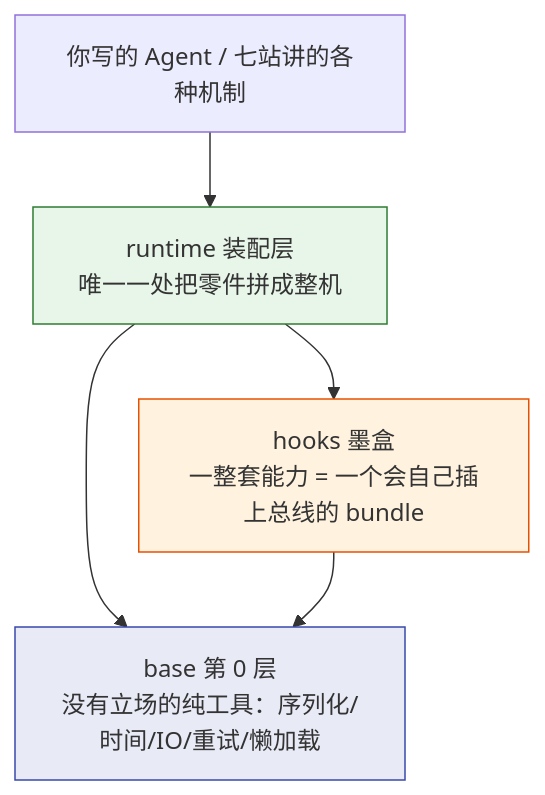
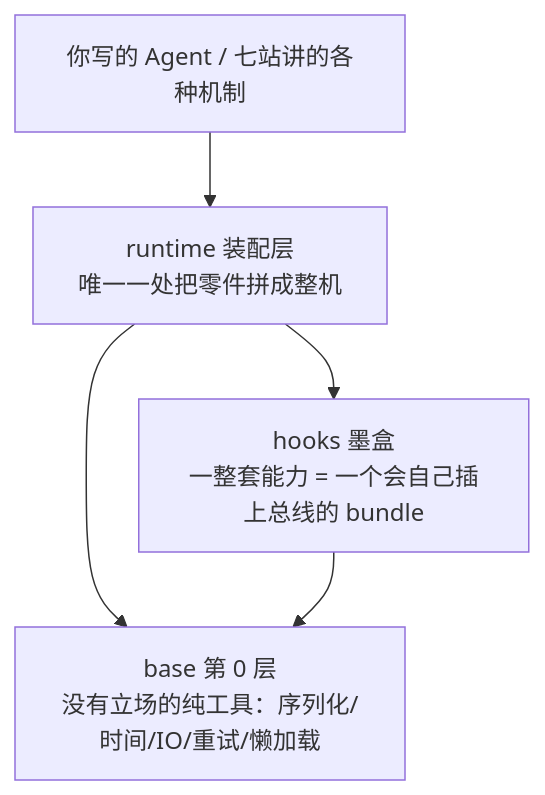
Before and after one commit to limenagent/prodagent: the first of 3 diagrams in docs/topics/foundation.md, drawn with Mermaid. The commit also changed other lines of this file and 113 other files, not shown here.

````diff
--- a/docs/topics/foundation.md
+++ b/docs/topics/foundation.md
@@ -15,10 +15,7 @@
 ```mermaid
 graph TD
     A["你写的 Agent / 七站讲的各种机制"] --> B["runtime 装配层<br/>唯一一处把零件拼成整机"]
     B --> C["hooks 墨盒<br/>一整套能力 = 一个会自己插上总线的 bundle"]
     B --> D["base 第 0 层<br/>没有立场的纯工具：序列化/时间/IO/重试/懒加载"]
     C --> D
-    style D fill:#e8eaf6,stroke:#3949ab
-    style B fill:#e8f5e9,stroke:#2e7d32
-    style C fill:#fff3e0,stroke:#e65100
 ```
````
